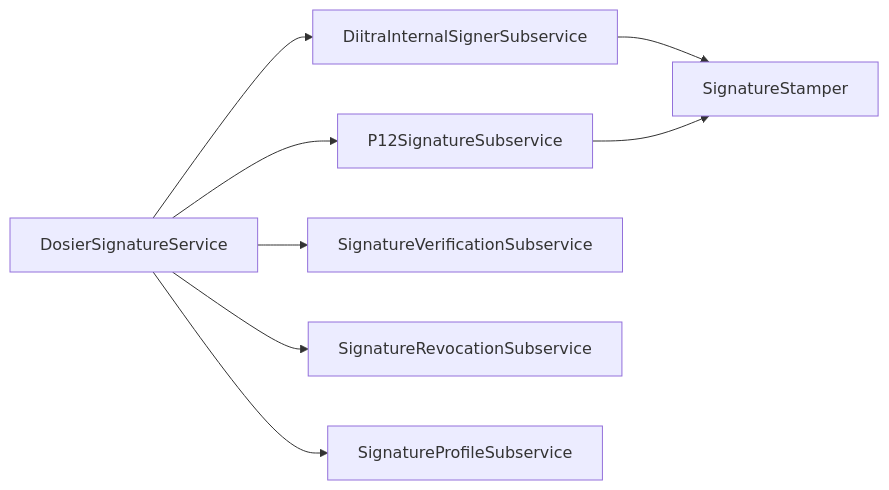
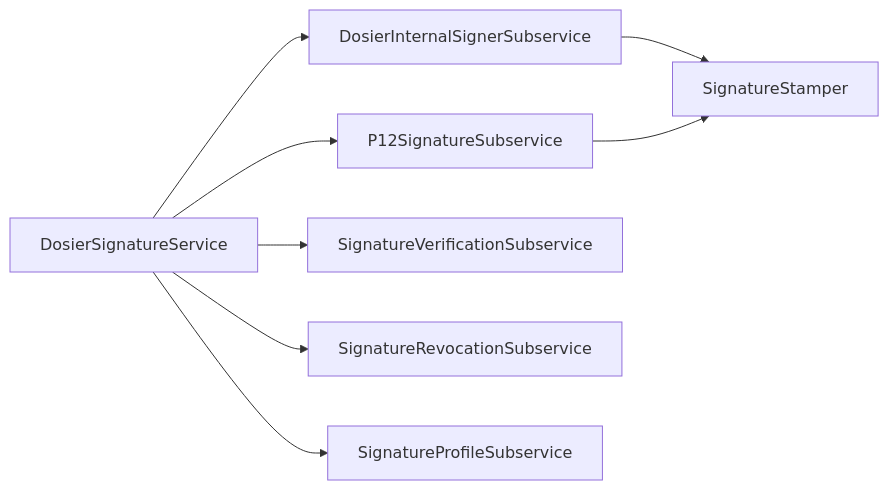
Before and after one commit to JorgeDoicela/dosier: the second of 2 diagrams in docs/documentacion/04-base-de-datos/03-infraestructura-efcore-y-repositorios.md, drawn with Mermaid. The commit also changed other lines of this file and 58 other files, not shown here.

````diff
--- a/docs/documentacion/04-base-de-datos/03-infraestructura-efcore-y-repositorios.md
+++ b/docs/documentacion/04-base-de-datos/03-infraestructura-efcore-y-repositorios.md
@@ -122,18 +122,18 @@
 ```mermaid
 graph LR
     DSS[DosierSignatureService]
-    DIS[DiitraInternalSignerSubservice]
+    DIS[DosierInternalSignerSubservice]
     P12[P12SignatureSubservice]
     SVS[SignatureVerificationSubservice]
     SRS[SignatureRevocationSubservice]
     SPS[SignatureProfileSubservice]
     STAMP[SignatureStamper]
 
     DSS --> DIS
     DSS --> P12
     DSS --> SVS
     DSS --> SRS
     DSS --> SPS
     DIS --> STAMP
     P12 --> STAMP
 ```
````
